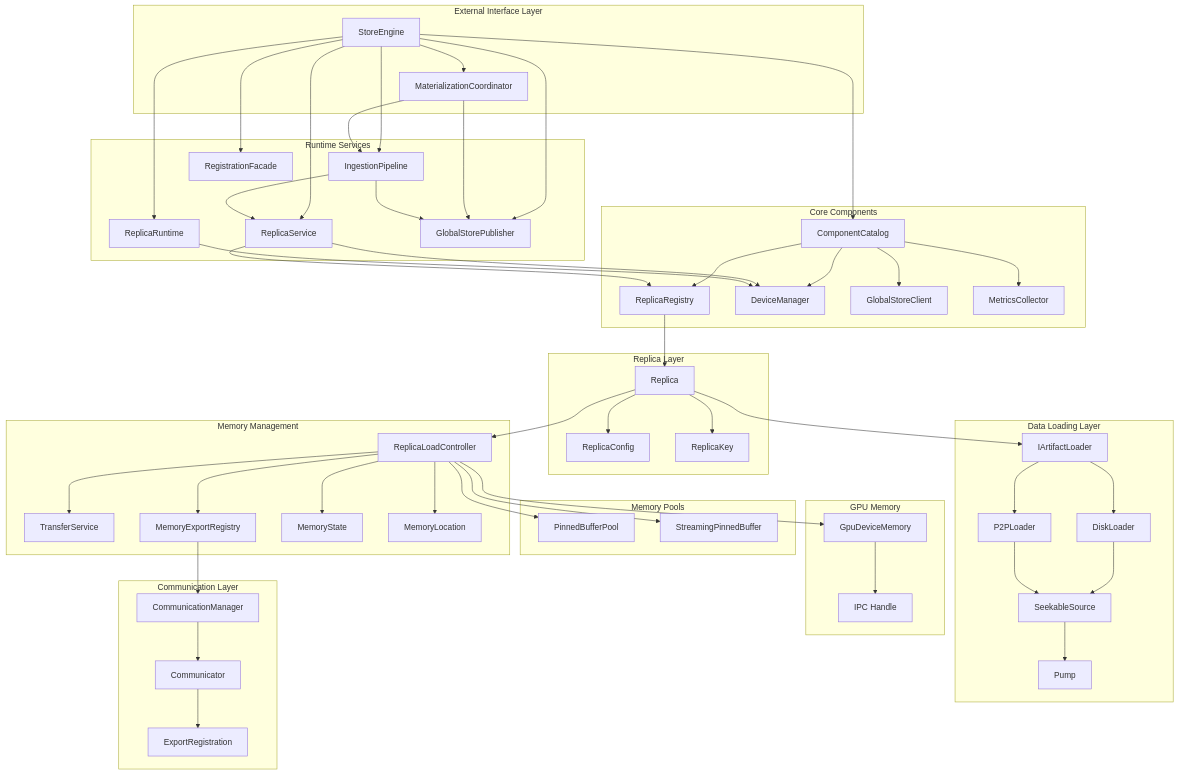
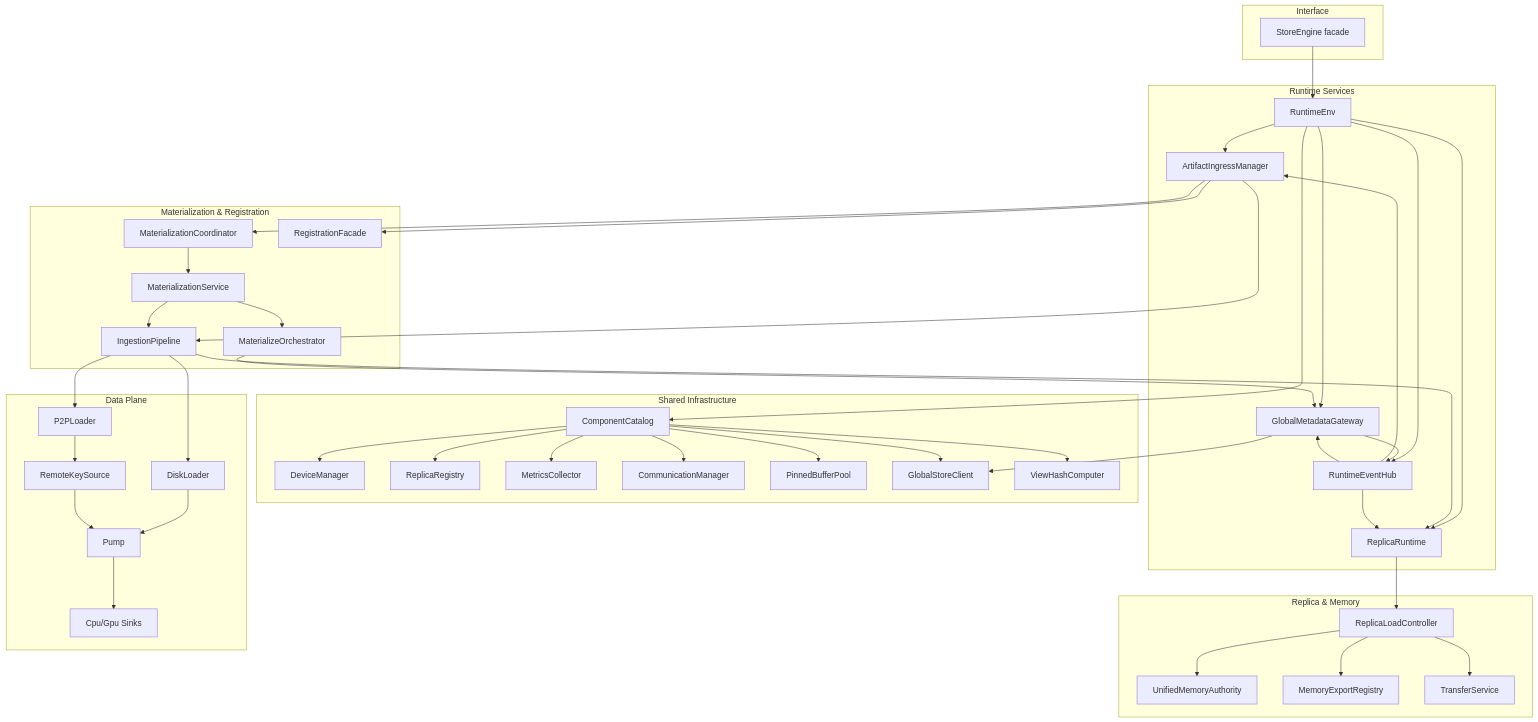
The first of 3 diagrams in core/store/docs/architecture.md (tensorcast-ai/tensorcast), drawn with Mermaid before and after one commit. The commit also changed other lines of this file and 4 other files, not shown here.

````diff
--- a/core/store/docs/architecture.md
+++ b/core/store/docs/architecture.md
@@ -18,106 +16,79 @@
 ```mermaid
 graph TB
-    subgraph "External Interface Layer"
-        CS[StoreEngine]
-        PO[MaterializationCoordinator]
+    subgraph "Interface"
+        SE[StoreEngine facade]
     end
-
-    subgraph "Core Components"
+    subgraph "Runtime Services"
+        RE[RuntimeEnv]
+        AIM[ArtifactIngressManager]
+        RR[ReplicaRuntime]
+        GMG[GlobalMetadataGateway]
+        EH[RuntimeEventHub]
+    end
+    subgraph "Shared Infrastructure"
         CC[ComponentCatalog]
-        MR[ReplicaRegistry]
         DM[DeviceManager]
+        REG[ReplicaRegistry]
+        MC[MetricsCollector]
+        COMM[CommunicationManager]
+        PB[PinnedBufferPool]
         GSC[GlobalStoreClient]
-        MC[MetricsCollector]
+        VHC[ViewHashComputer]
     end
-
-    subgraph "Replica Layer"
-        M[Replica]
-        MCF[ReplicaConfig]
-        IK[ReplicaKey]
+    subgraph "Materialization & Registration"
+        MCoor[MaterializationCoordinator]
+        IP[IngestionPipeline]
+        RF[RegistrationFacade]
+        MZ[MaterializationService]
+        MO[MaterializeOrchestrator]
     end
-
-    subgraph "Memory Management"
-        MM[ReplicaLoadController]
+    subgraph "Replica & Memory"
+        RLC[ReplicaLoadController]
+        UMA[UnifiedMemoryAuthority]
+        MER[MemoryExportRegistry]
         TS[TransferService]
-        CES[MemoryExportRegistry]
-        MS[MemoryState]
-        ML[MemoryLocation]
     end
-
-    subgraph "Data Loading Layer"
-        IL[IArtifactLoader]
+    subgraph "Data Plane"
         DL[DiskLoader]
         PL[P2PLoader]
-        SS[SeekableSource]
-        P[Pump]
+        RKS[RemoteKeySource]
+        Pump[Pump]
+        Sink[Cpu/Gpu Sinks]
     end
-
-    subgraph "Memory Pools"
-        PMP[PinnedBufferPool]
-        SPB[StreamingPinnedBuffer]
-    end
-
-    subgraph "GPU Memory"
-        CM[GpuDeviceMemory]
-        IPC[IPC Handle]
-    end
-
-    subgraph "Communication Layer"
-        CMN[CommunicationManager]
-        CE[Communicator]
-        CRI[ExportRegistration]
-    end
-
-    subgraph "Runtime Services"
-        RS[ReplicaService]
-        TP[ReplicaRuntime]
-        GP[GlobalStorePublisher]
-        IP[IngestionPipeline]
-        RF[RegistrationFacade]
-    end
-
-    CS --> PO
-    CS --> RS
-    CS --> TP
-    CS --> GP
-    CS --> IP
-    CS --> RF
-    CS --> CC
-    CC --> MR
+    SE --> RE
+    RE --> AIM
+    RE --> RR
+    RE --> GMG
+    RE --> EH
+    RE --> CC
     CC --> DM
+    CC --> REG
+    CC --> MC
+    CC --> COMM
+    CC --> PB
     CC --> GSC
-    CC --> MC
-    PO --> IP
-    PO --> GP
-    RS --> MR
-    RS --> DM
-    IP --> RS
-    IP --> GP
-    TP --> DM
-
-    MR --> M
-    M --> IK
-    M --> MM
-    M --> IL
-    M --> MCF
-
-    MM --> TS
-    MM --> CES
-    MM --> MS
-    MM --> ML
-    MM --> PMP
-    MM --> SPB
-    MM --> CM
-
-    IL --> DL
-    IL --> PL
-    DL --> SS
-    PL --> SS
-    SS --> P
-
-    CES --> CMN
-    CMN --> CE
-    CE --> CRI
-
-    CM --> IPC
+    CC --> VHC
+    AIM --> MCoor
+    AIM --> IP
+    AIM --> RF
+    MCoor --> MZ
+    MZ --> IP
+    MZ --> MO
+    MO --> GMG
+    IP --> RR
+    RR --> RLC
+    RLC --> UMA
+    RLC --> TS
+    RLC --> MER
+    IP --> DL
+    IP --> PL
+    PL --> RKS
+    DL --> Pump
+    RKS --> Pump
+    Pump --> Sink
+    GMG --> GSC
+    GMG --> EH
+    EH --> RR
+    EH --> AIM
+    EH --> GMG
 ```
````
